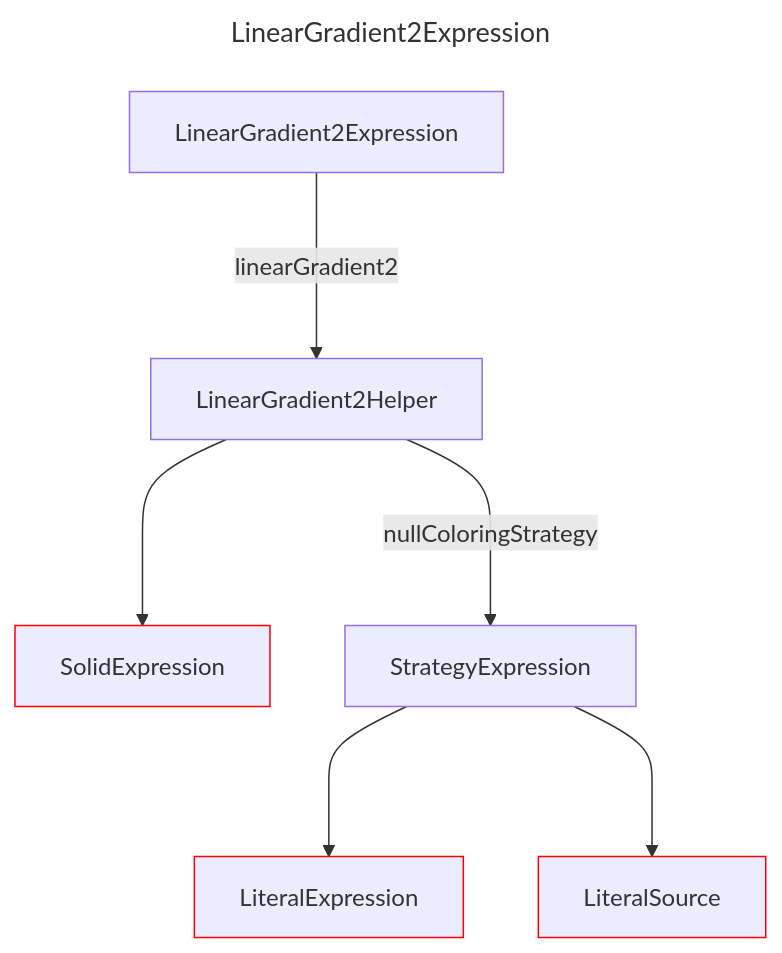
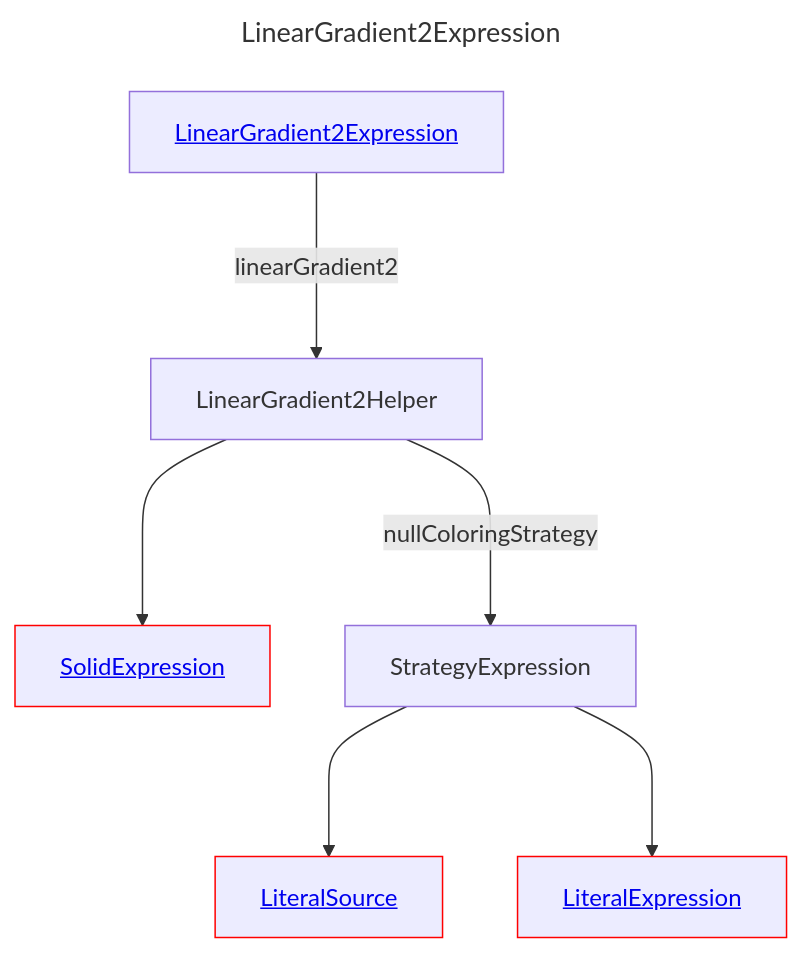
The diagram in docs/docs/layout/erd/LinearGradient2Expression.md (douglassimonsen/pbi_core), drawn with Mermaid before and after one commit. The commit also changed 76 other files, not shown here.

````diff
--- a/docs/docs/layout/erd/LinearGradient2Expression.md
+++ b/docs/docs/layout/erd/LinearGradient2Expression.md
@@ -1,20 +1,20 @@
 ```mermaid
 ---
 title: LinearGradient2Expression
 ---
 graph 
-2430071896816["SolidExpression"]
-style 2430071896816 stroke:#ff0000,stroke-width:1px
-2430071906576["LinearGradient2Helper"]
-2430071816784["LiteralSource"]
-style 2430071816784 stroke:#ff0000,stroke-width:1px
-2430071920240["LinearGradient2Expression"]
-2430071909504["StrategyExpression"]
-2430071887056["LiteralExpression"]
-style 2430071887056 stroke:#ff0000,stroke-width:1px
-2430071920240 --->|linearGradient2| 2430071906576
-2430071909504 ---> 2430071887056
-2430071906576 --->|nullColoringStrategy| 2430071909504
-2430071906576 ---> 2430071896816
-2430071909504 ---> 2430071816784
+LinearGradient2Expression[<a href='/layout/erd/LinearGradient2Expression'>LinearGradient2Expression</a>]
+LinearGradient2Helper[LinearGradient2Helper]
+LiteralExpression[<a href='/layout/erd/LiteralExpression'>LiteralExpression</a>]
+style LiteralExpression stroke:#ff0000,stroke-width:1px
+LiteralSource[<a href='/layout/erd/LiteralSource'>LiteralSource</a>]
+style LiteralSource stroke:#ff0000,stroke-width:1px
+SolidExpression[<a href='/layout/erd/SolidExpression'>SolidExpression</a>]
+style SolidExpression stroke:#ff0000,stroke-width:1px
+StrategyExpression[StrategyExpression]
+StrategyExpression ---> LiteralSource
+StrategyExpression ---> LiteralExpression
+LinearGradient2Helper ---> SolidExpression
+LinearGradient2Expression --->|linearGradient2| LinearGradient2Helper
+LinearGradient2Helper --->|nullColoringStrategy| StrategyExpression
 ```
````
